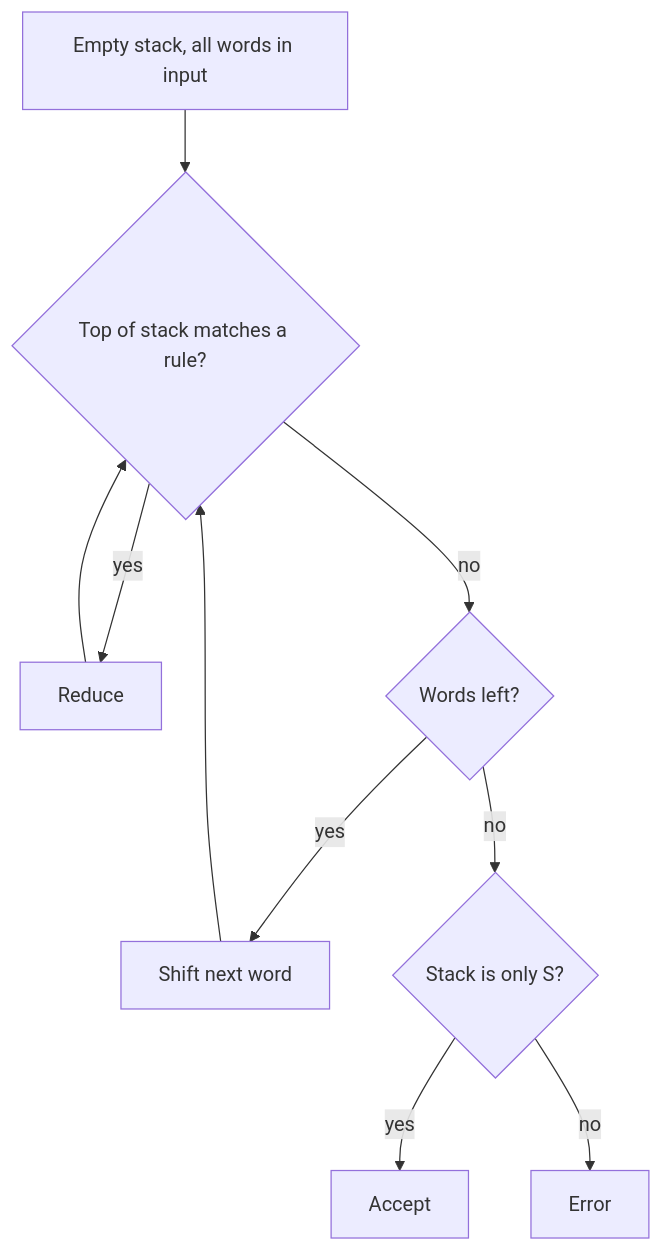
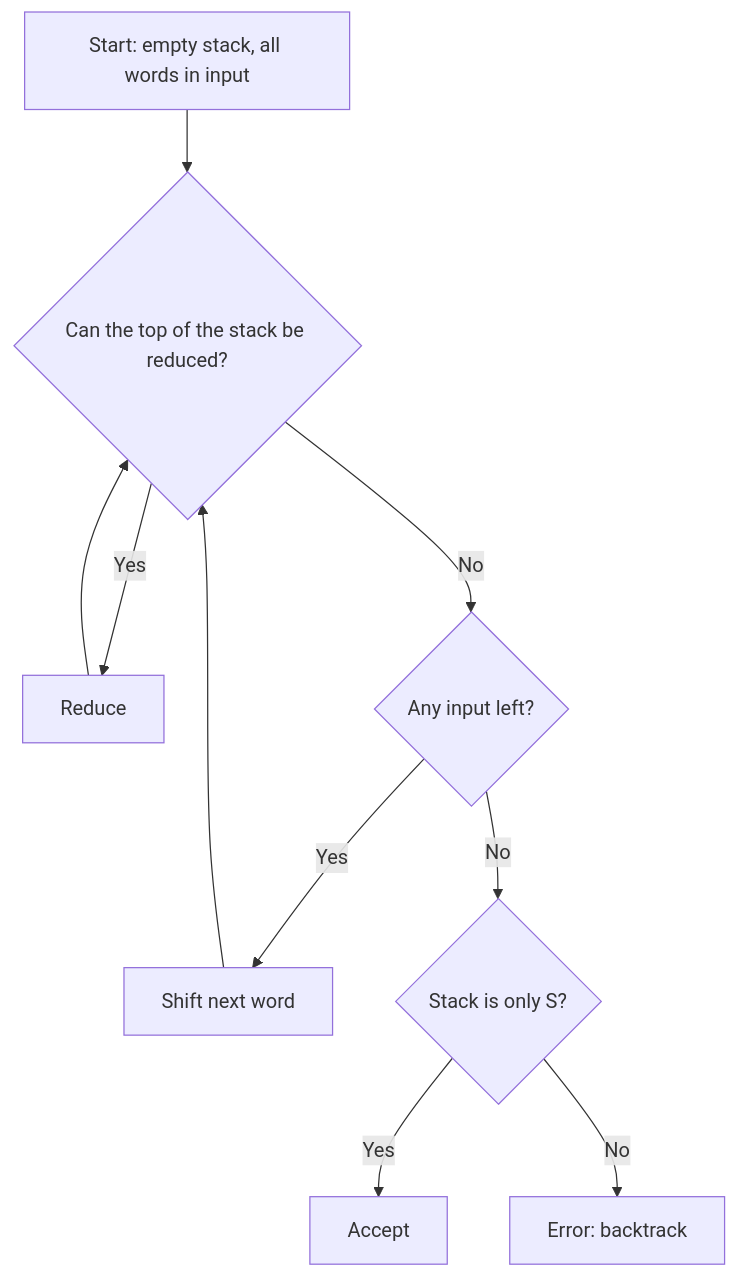
Before and after one commit to TrendySloth1001/sem-seven-notes: the diagram in content/natural-language-processing/pyq/2025-05-ce/q3b.mdx, drawn with Mermaid. The commit also changed other lines of this file and 406 other files, not shown here.

Commit message:
Rewrite all NLP notes and answers from the teachers' class files and add both class assignments with solutions. They cite only the class notes, solved PYQs, assignment solution and Module 6 slides, use 67 class figures, and drop the web references and Wikimedia images.

````diff
--- a/content/natural-language-processing/pyq/2025-05-ce/q3b.mdx
+++ b/content/natural-language-processing/pyq/2025-05-ce/q3b.mdx
@@ -16,13 +38,13 @@
 ```mermaid
-%% caption: The shift-reduce loop. Reduce when the top of the stack matches a rule, otherwise shift. Accept when only S is left.
+%% caption: The shift-reduce loop.
 flowchart TD
-  A["Empty stack, all words in input"] --> B{"Top of stack matches a rule?"}
-  B -->|"yes"| C["Reduce"]
-  B -->|"no"| D{"Words left?"}
-  D -->|"yes"| E["Shift next word"]
-  D -->|"no"| F{"Stack is only S?"}
-  F -->|"yes"| G["Accept"]
-  F -->|"no"| H["Error"]
+  A["Start: empty stack, all words in input"] --> B{"Can the top of the stack be reduced?"}
+  B -->|"Yes"| C["Reduce"]
+  B -->|"No"| D{"Any input left?"}
+  D -->|"Yes"| E["Shift next word"]
+  D -->|"No"| F{"Stack is only S?"}
+  F -->|"Yes"| G["Accept"]
+  F -->|"No"| H["Error: backtrack"]
   C --> B
   E --> B
 ```
````
